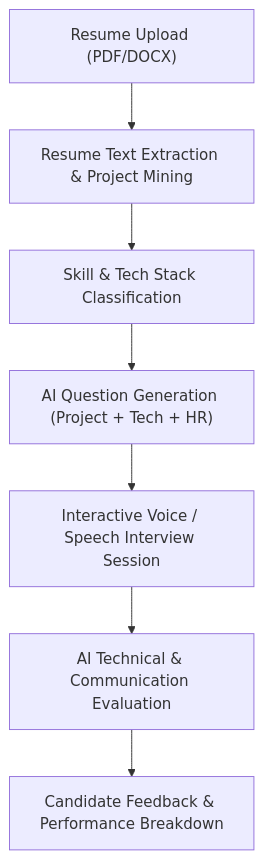
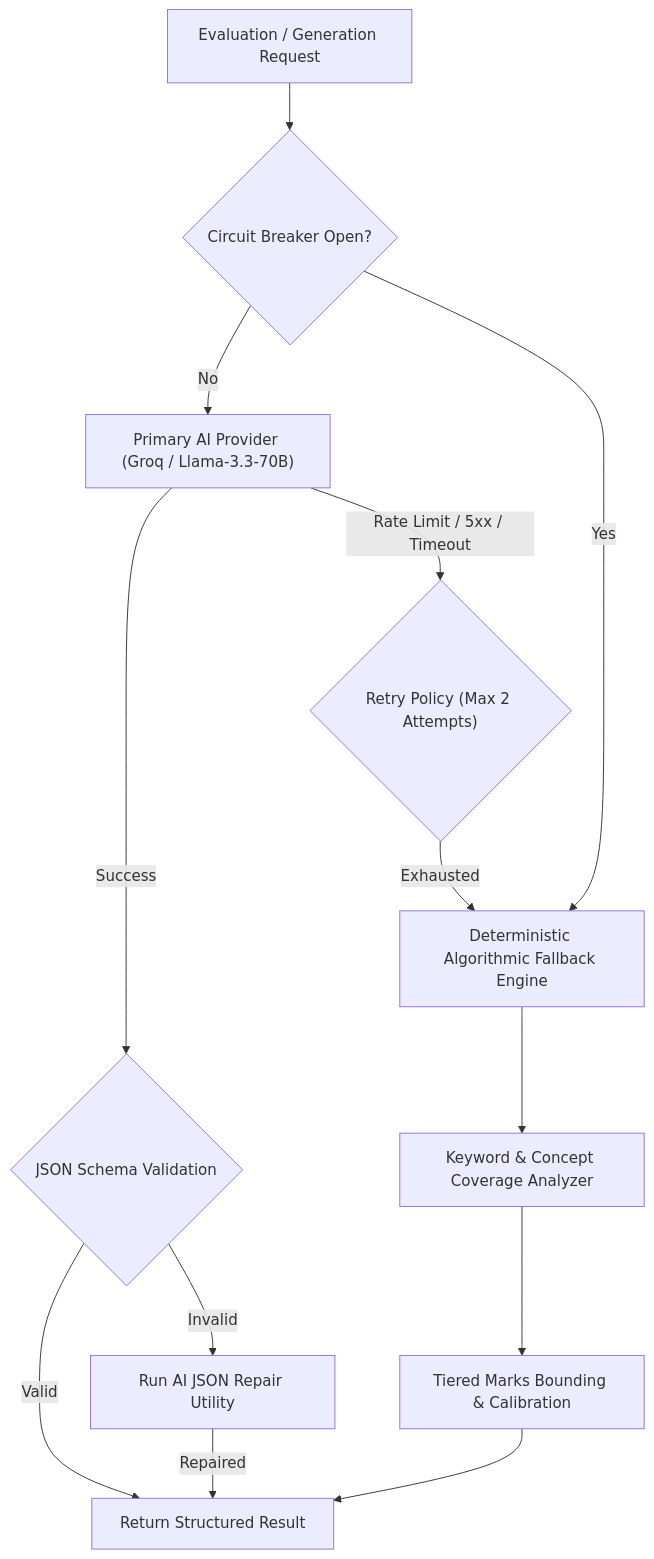
The sixth of 9 diagrams in README.md (Tushar-3612/AI-Interview-Platform), drawn with Mermaid before and after one commit. The commit also changed other lines of this file, not shown here.

Commit message:
docs: finalize project architecture and documentation

````diff
--- a/README.md
+++ b/README.md
@@ -146,9 +295,19 @@
 ```mermaid
 flowchart TD
-    A["Resume Upload (PDF/DOCX)"] --> B["Resume Text Extraction & Project Mining"]
-    B --> C["Skill & Tech Stack Classification"]
-    C --> D["AI Question Generation (Project + Tech + HR)"]
-    D --> E["Interactive Voice / Speech Interview Session"]
-    E --> F["AI Technical & Communication Evaluation"]
-    F --> G["Candidate Feedback & Performance Breakdown"]
+    REQUEST["Evaluation / Generation Request"] --> CIRCUIT{"Circuit Breaker Open?"}
+    
+    CIRCUIT -- No --> GROQ_EXEC["Primary AI Provider (Groq / Llama-3.3-70B)"]
+    GROQ_EXEC -- Success --> JSON_VALIDATE{"JSON Schema Validation"}
+    JSON_VALIDATE -- Valid --> RETURN["Return Structured Result"]
+    
+    JSON_VALIDATE -- Invalid --> JSON_REPAIR["Run AI JSON Repair Utility"]
+    JSON_REPAIR -- Repaired --> RETURN
+    
+    CIRCUIT -- Yes --> FALLBACK["Deterministic Algorithmic Fallback Engine"]
+    GROQ_EXEC -- Rate Limit / 5xx / Timeout --> RETRY{"Retry Policy (Max 2 Attempts)"}
+    RETRY -- Exhausted --> FALLBACK
+    
+    FALLBACK --> CONCEPT_MATCH["Keyword & Concept Coverage Analyzer"]
+    CONCEPT_MATCH --> BOUND_SCORE["Tiered Marks Bounding & Calibration"]
+    BOUND_SCORE --> RETURN
 ```
````
